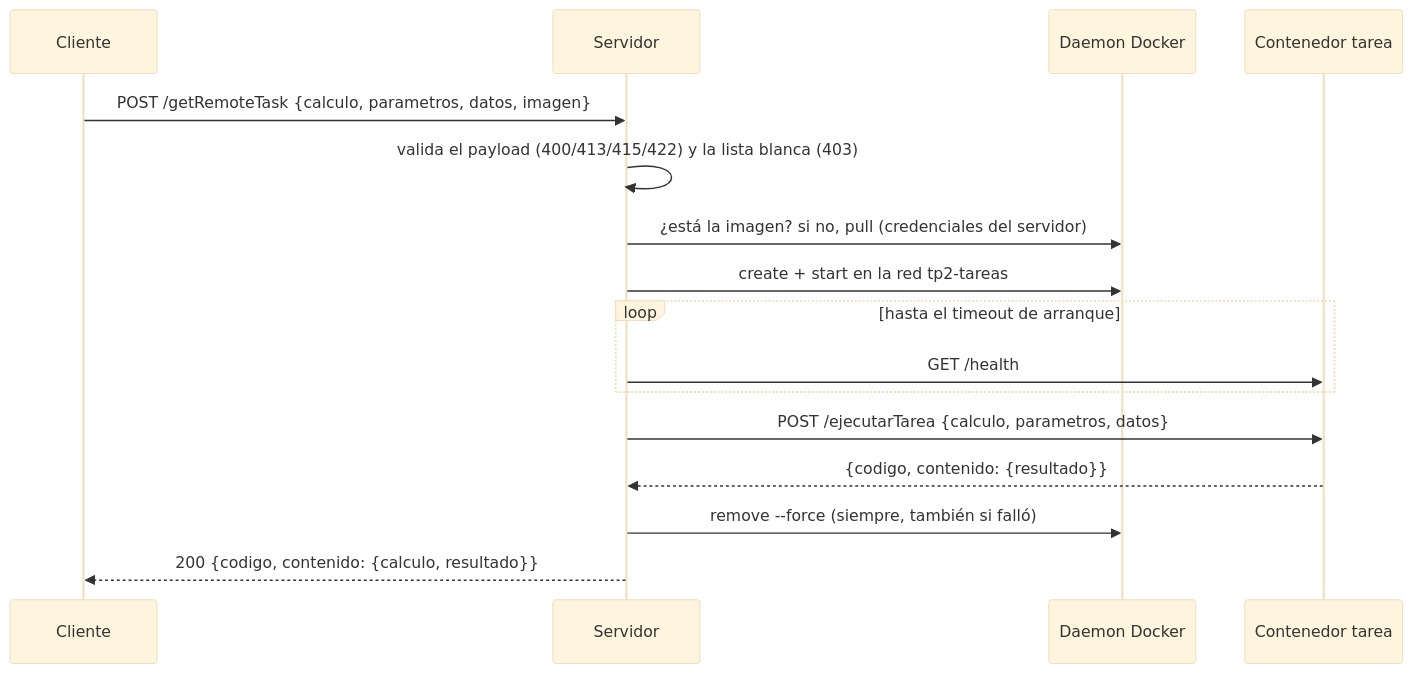
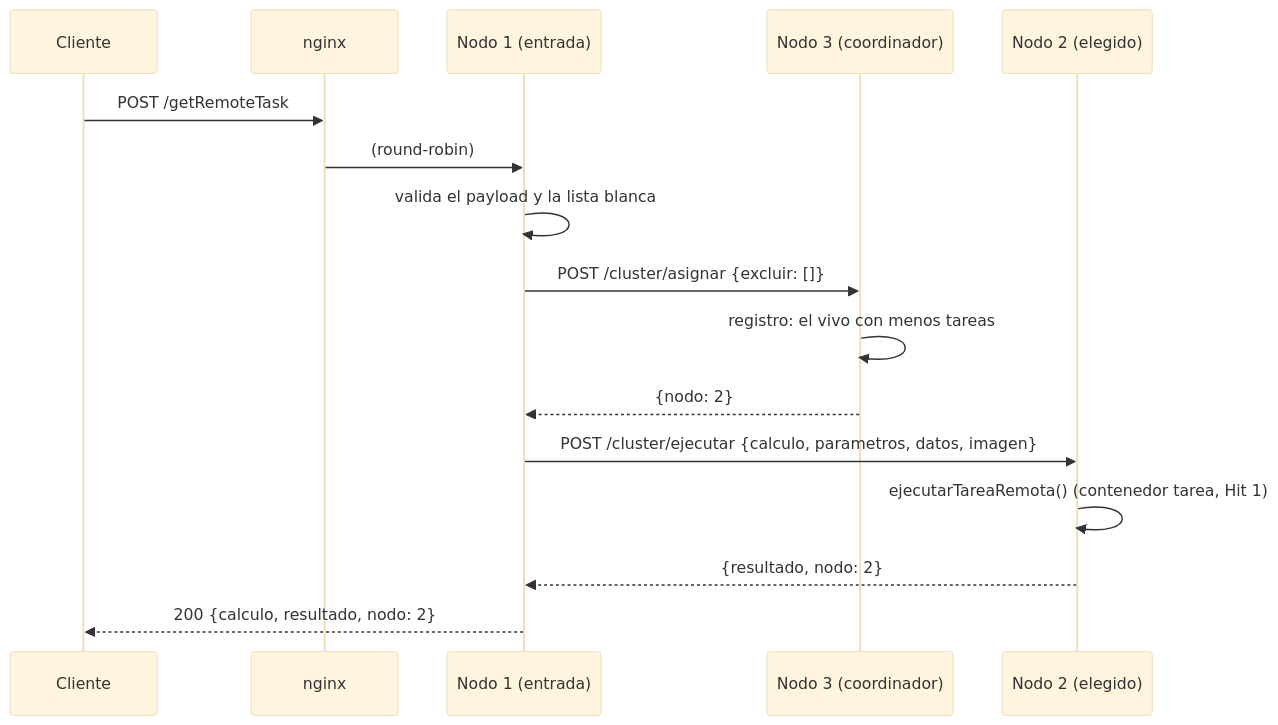
The second of 5 diagrams in hit3/README.md (chimera-sdypp/sdypp_tp2), drawn with Mermaid (base theme) before and after one commit. The commit also changed other lines of this file and 3 other files, not shown here.

First line of the commit message:
docs(hit3): informe del cluster, la elección Bully y la recuperación

````diff
--- a/hit3/README.md
+++ b/hit3/README.md
@@ -91,18 +109,18 @@
 ```mermaid
 sequenceDiagram
     participant C as Cliente
-    participant S as Servidor
-    participant D as Daemon Docker
-    participant T as Contenedor tarea
-    C->>S: POST /getRemoteTask {calculo, parametros, datos, imagen}
-    S->>S: valida el payload (400/413/415/422) y la lista blanca (403)
-    S->>D: ¿está la imagen? si no, pull (credenciales del servidor)
-    S->>D: create + start en la red tp2-tareas
-    loop hasta el timeout de arranque
-        S->>T: GET /health
-    end
-    S->>T: POST /ejecutarTarea {calculo, parametros, datos}
-    T-->>S: {codigo, contenido: {resultado}}
-    S->>D: remove --force (siempre, también si falló)
-    S-->>C: 200 {codigo, contenido: {calculo, resultado}}
+    participant X as nginx
+    participant E as Nodo 1 (entrada)
+    participant K as Nodo 3 (coordinador)
+    participant W as Nodo 2 (elegido)
+    C->>X: POST /getRemoteTask
+    X->>E: (round-robin)
+    E->>E: valida el payload y la lista blanca
+    E->>K: POST /cluster/asignar {excluir: []}
+    K->>K: registro: el vivo con menos tareas
+    K-->>E: {nodo: 2}
+    E->>W: POST /cluster/ejecutar {calculo, parametros, datos, imagen}
+    W->>W: ejecutarTareaRemota() (contenedor tarea, Hit 1)
+    W-->>E: {resultado, nodo: 2}
+    E-->>C: 200 {calculo, resultado, nodo: 2}
 ```
````
